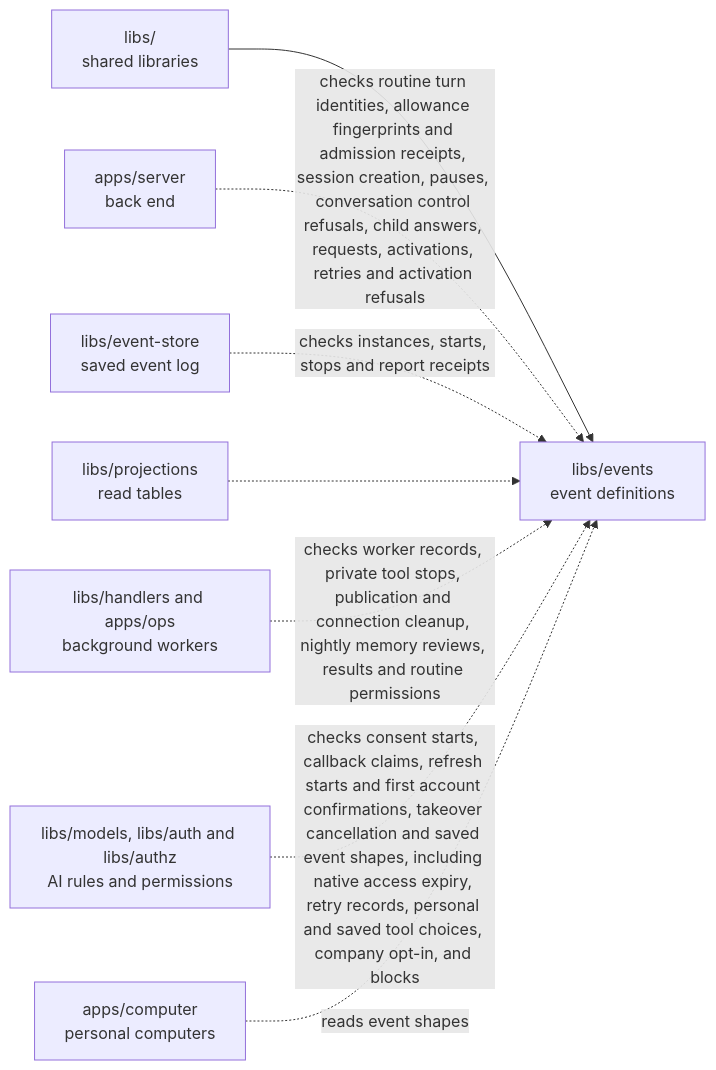
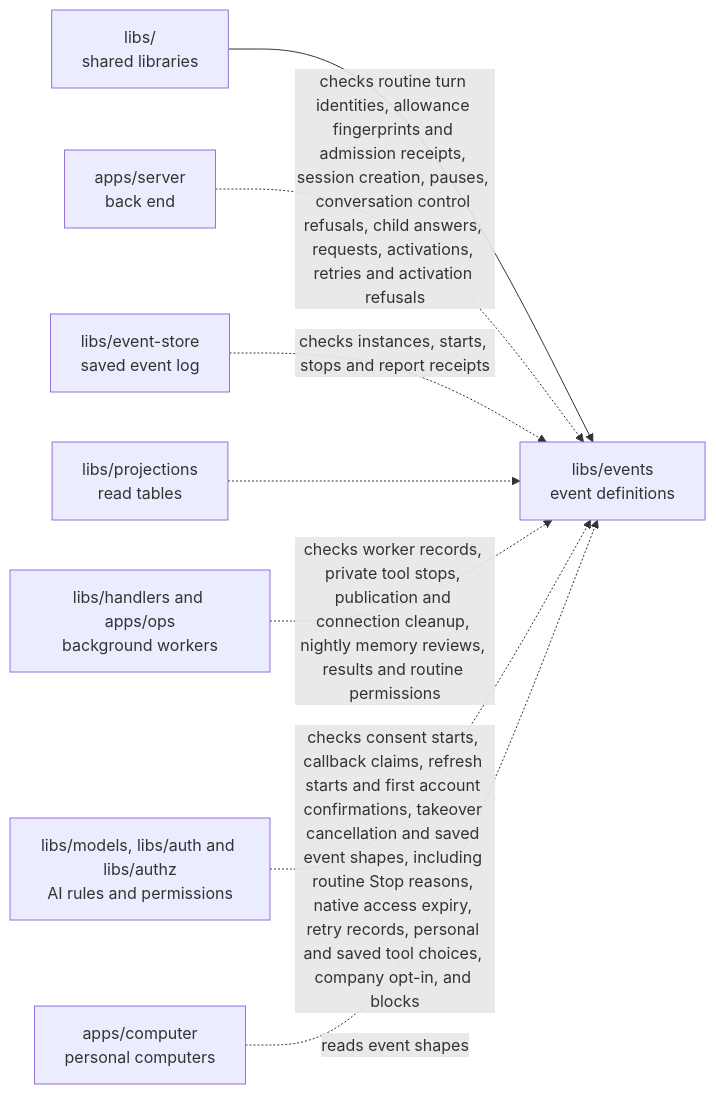
One commit to elewa-git/opencrane-new changed the diagram in libs/events/README.md. Above: the diagram before and after it, drawn with Mermaid. The commit also changed other lines of this file and 9 other files, not shown here.

First line of the commit message:
⏱️ A routine budget Stop prerequisite is recorded while execution stays disabled (#781)

````diff
--- a/libs/events/README.md
+++ b/libs/events/README.md
@@ -34,10 +34,10 @@
 ```mermaid
 flowchart LR
   parent["libs/<br/>shared libraries"] --> events["libs/events<br/>event definitions"]
   server["apps/server<br/>back end"] -.->|checks routine turn identities, allowance fingerprints and admission receipts, session creation, pauses, conversation control refusals, child answers, requests, activations, retries and activation refusals| events
   store["libs/event-store<br/>saved event log"] -.->|checks instances, starts, stops and report receipts| events
   projections["libs/projections<br/>read tables"] -.-> events
   workers["libs/handlers and apps/ops<br/>background workers"] -.->|checks worker records, private tool stops, publication and connection cleanup, nightly memory reviews, results and routine permissions| events
-  models["libs/models, libs/auth and libs/authz<br/>AI rules and permissions"] -.->|checks consent starts, callback claims, refresh starts and first account confirmations, takeover cancellation and saved event shapes, including native access expiry, retry records, personal and saved tool choices, company opt-in, and blocks| events
+  models["libs/models, libs/auth and libs/authz<br/>AI rules and permissions"] -.->|checks consent starts, callback claims, refresh starts and first account confirmations, takeover cancellation and saved event shapes, including routine Stop reasons, native access expiry, retry records, personal and saved tool choices, company opt-in, and blocks| events
   computer["apps/computer<br/>personal computers"] -.->|reads event shapes| events
 ```
````
